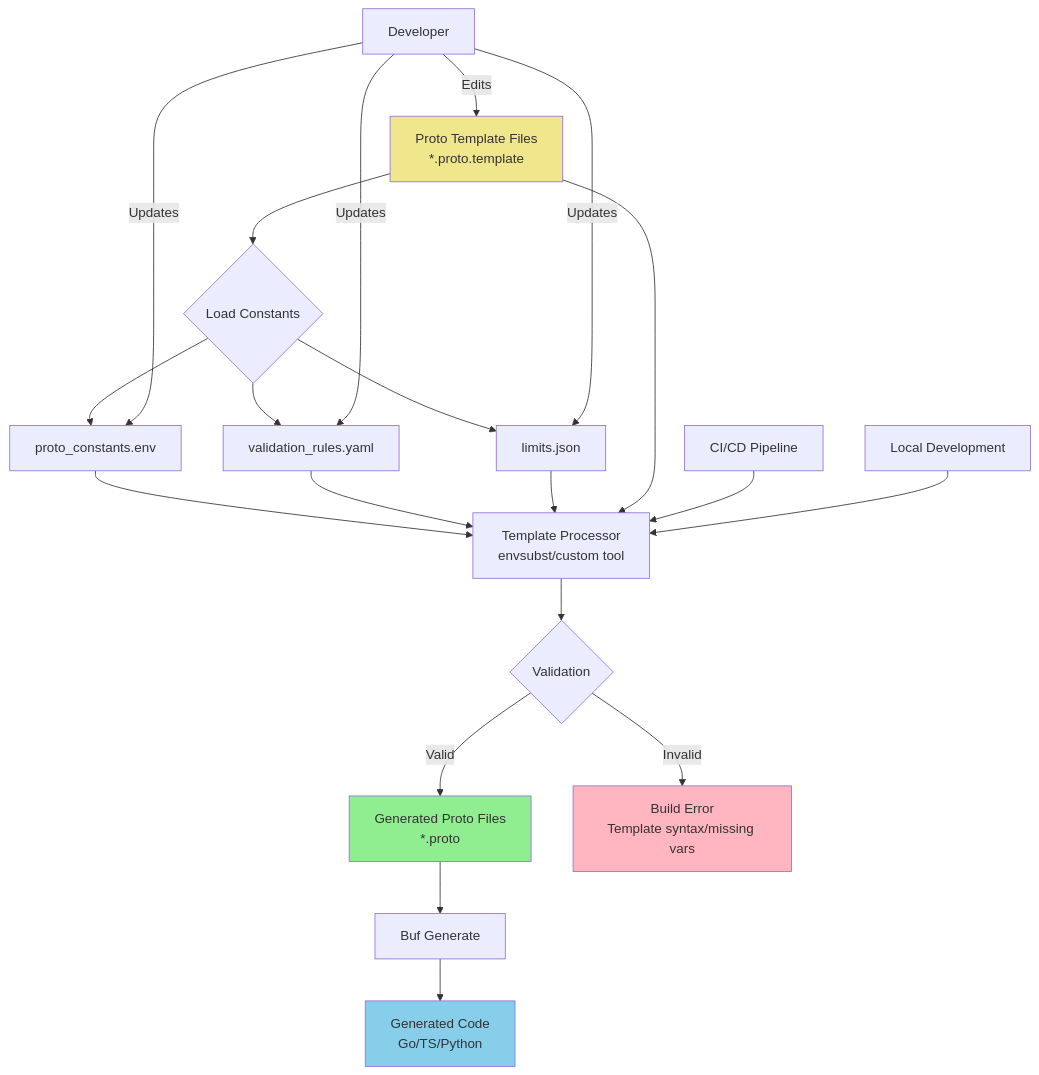
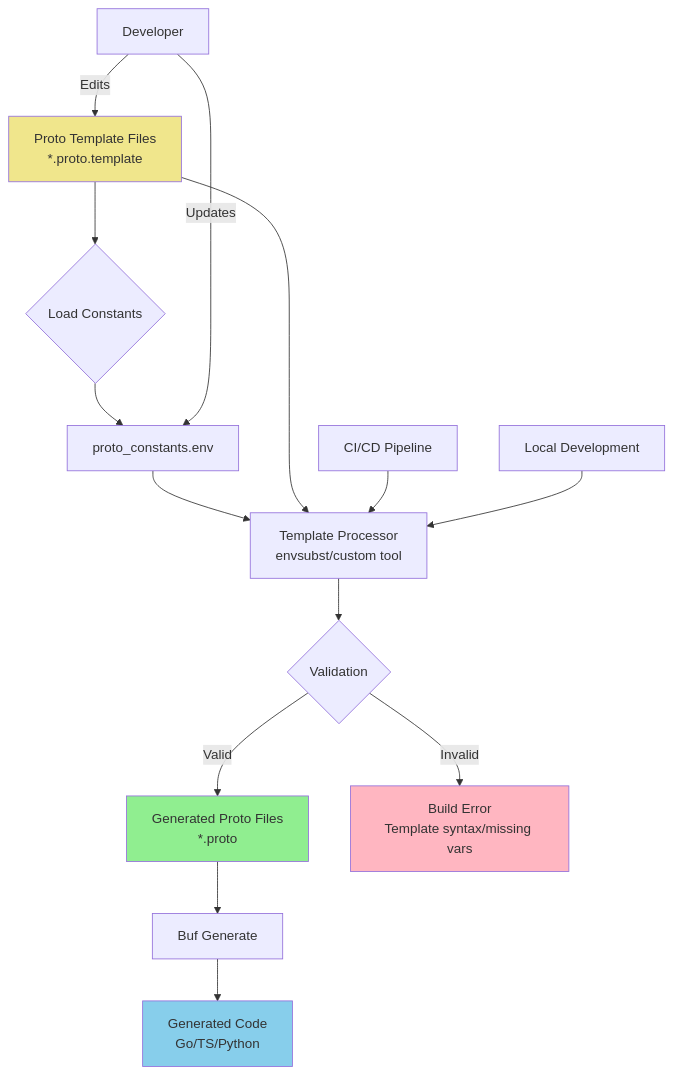
One commit to opentdf/platform changed the diagram in adr/decisions/2025-09-24-proto-template-generation.md. Above: the diagram before and after it, drawn with Mermaid.

````diff
--- a/adr/decisions/2025-09-24-proto-template-generation.md
+++ b/adr/decisions/2025-09-24-proto-template-generation.md
@@ -147,32 +147,26 @@
 ```mermaid
 flowchart TD
     A[Proto Template Files<br/>*.proto.template] --> B{Load Constants}
     B --> C[proto_constants.env]
-    B --> D[validation_rules.yaml]
-    B --> E[limits.json]
     
     C --> F[Template Processor<br/>envsubst/custom tool]
-    D --> F
-    E --> F
     A --> F
     
     F --> G{Validation}
     G -->|Valid| H[Generated Proto Files<br/>*.proto]
     G -->|Invalid| I[Build Error<br/>Template syntax/missing vars]
     
     H --> J[Buf Generate]
     J --> K[Generated Code<br/>Go/TS/Python]
     
     L[Developer] -->|Edits| A
     L -->|Updates| C
-    L -->|Updates| D
-    L -->|Updates| E
     
     M[CI/CD Pipeline] --> F
     N[Local Development] --> F
     
     style H fill:#90EE90
     style I fill:#FFB6C1
     style K fill:#87CEEB
     style A fill:#F0E68C
 ```
````
